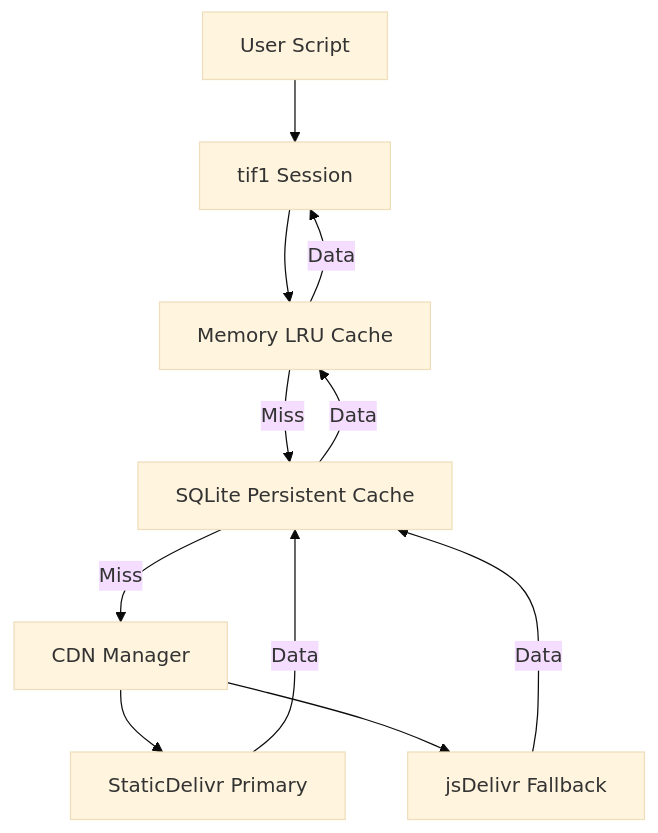
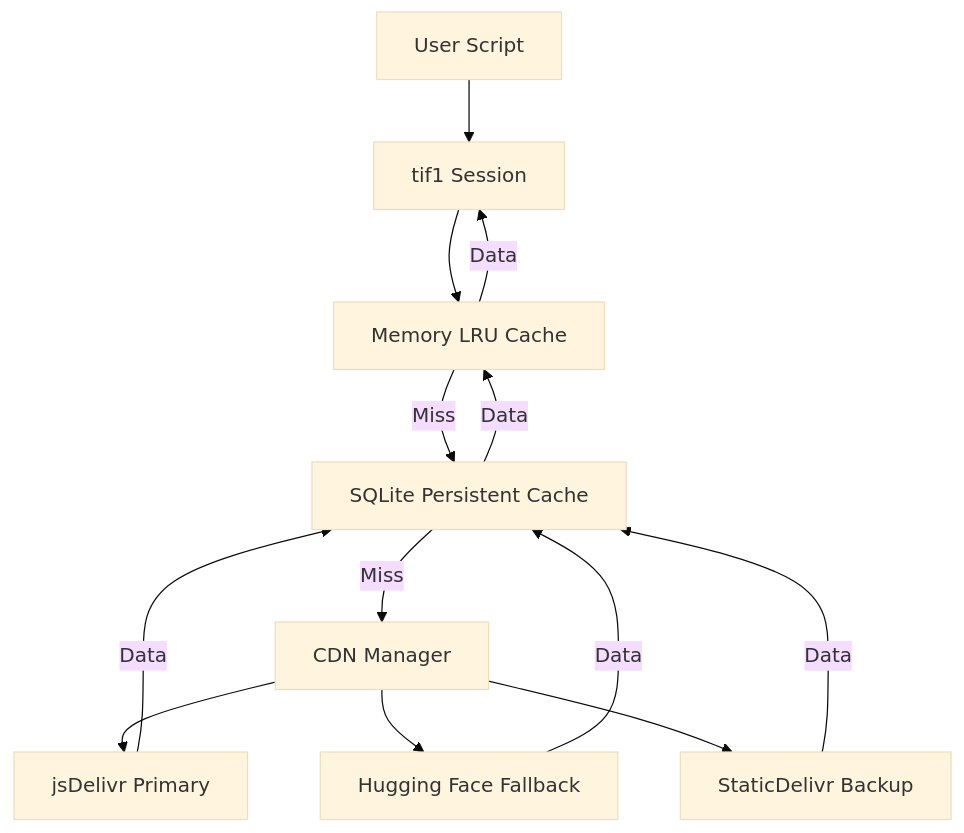
Before and after one commit to TracingInsights/tif1: the diagram in docs/introduction.mdx, drawn with Mermaid (base theme). The commit also changed 9 other files, not shown here.

````diff
--- a/docs/introduction.mdx
+++ b/docs/introduction.mdx
@@ -82,13 +82,15 @@
 ```mermaid
 graph TD
     User[User Script] --> Session[tif1 Session]
     Session --> MemCache[Memory LRU Cache]
     MemCache -- Miss --> SQLite[SQLite Persistent Cache]
     SQLite -- Miss --> CDN[CDN Manager]
-    CDN --> SD[StaticDelivr Primary]
-    CDN --> JS[jsDelivr Fallback]
+    CDN --> JS[jsDelivr Primary]
+    CDN --> HF[Hugging Face Fallback]
+    CDN --> SD[StaticDelivr Backup]
+    JS -- Data --> SQLite
+    HF -- Data --> SQLite
     SD -- Data --> SQLite
-    JS -- Data --> SQLite
     SQLite -- Data --> MemCache
     MemCache -- Data --> Session
 ```
````
